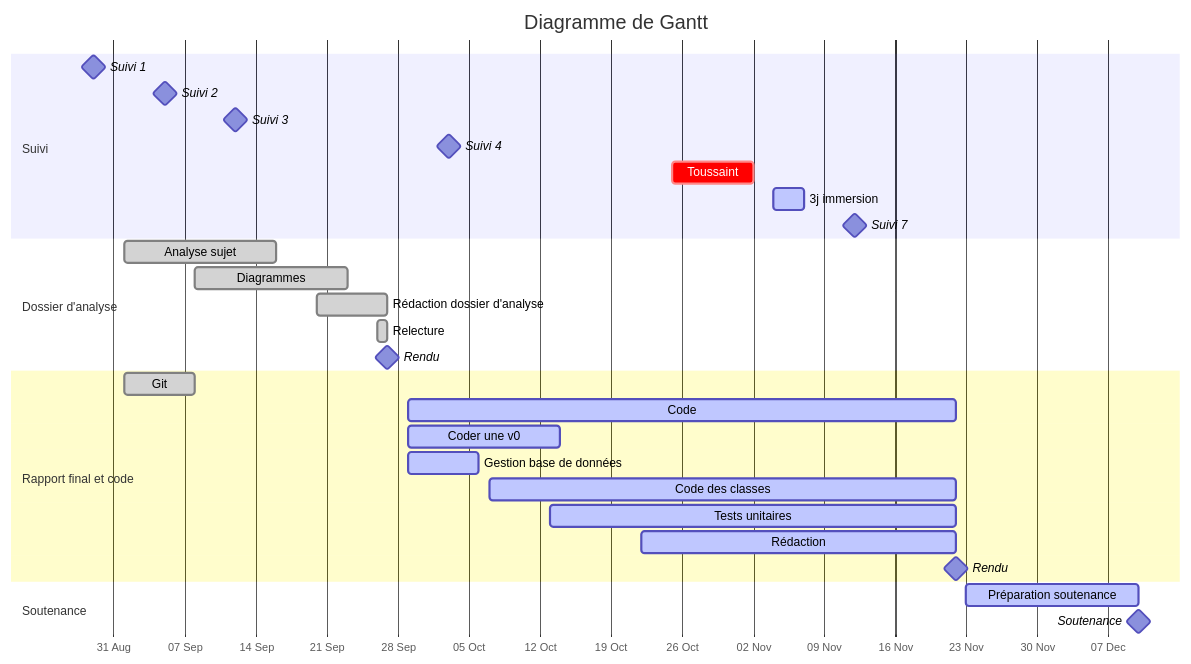
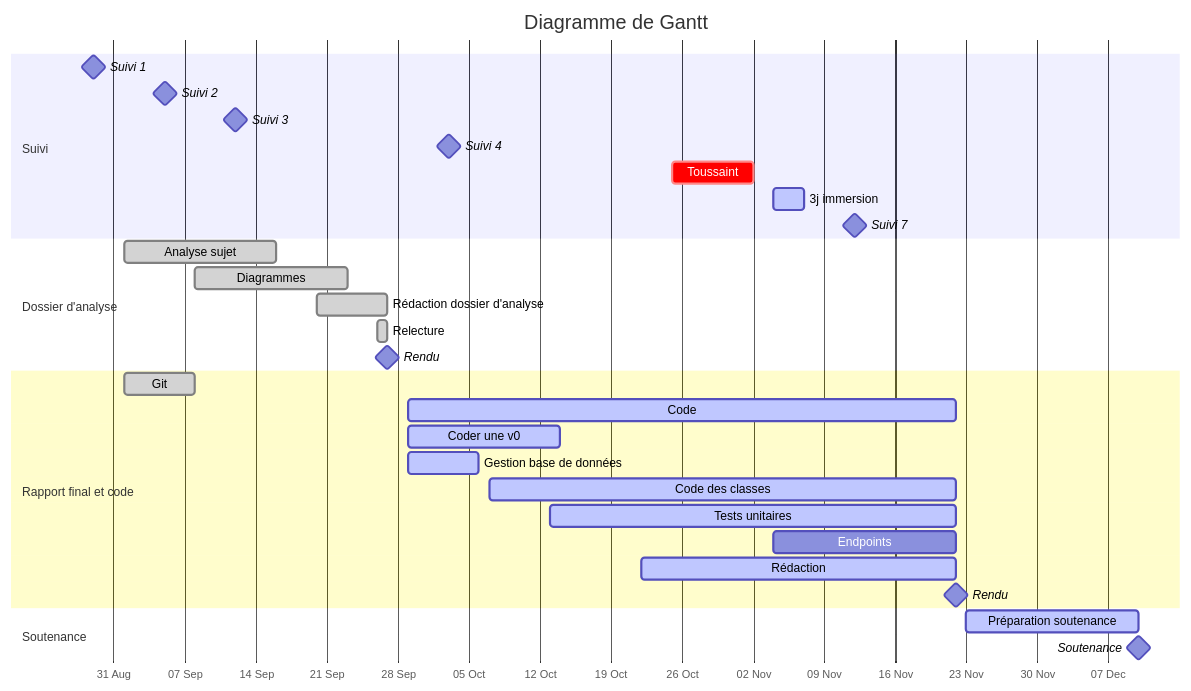
One commit to bbrunel/ENSAI-2A-projet-info changed the first of 2 diagrams in doc/diag_gantt.md. Above: the diagram before and after it, drawn with Mermaid.

Commit message:
ajout endpoints dans le diag

````diff
--- a/doc/diag_gantt.md
+++ b/doc/diag_gantt.md
@@ -1,39 +1,40 @@
 ```mermaid
 gantt
     %% doc : https://mermaid-js.github.io/mermaid/#/./gantt
     dateFormat  YYYY-MM-DD
     axisFormat  %d %b
     title       Diagramme de Gantt
     %%excludes  YYYY-MM-DD and/or sunday and/or weekends 
      
     section Suivi
     Suivi 1                      :milestone, 2025-08-29,
     Suivi 2                      :milestone, 2025-09-05,
     Suivi 3                      :milestone, 2025-09-12,
     Suivi 4                      :milestone, 2025-10-03,
     Toussaint                    :crit,    2025-10-25, 2025-11-02
     3j immersion                 :active,    2025-11-04, 3d
     Suivi 7                      :milestone, 2025-11-17
 
     section Dossier d'analyse
     Analyse sujet                :done,      2025-09-01, 15d
     Diagrammes                   :done,    2025-09-08, 15d
     Rédaction dossier d'analyse  :done,    2025-09-20, 2025-09-27
     Relecture                    :done,    2025-09-26, 2025-09-27
     Rendu                        :milestone, 2025-09-27,
     
     section Rapport final et code
     Git                          :done,    2025-09-01, 7d
     Code                         :active,    2025-09-29, 2025-11-22
     Coder une v0                 :active,    2025-09-29, 15d
     Gestion base de données      :active,    2025-09-29, 7d
     Code des classes             :active,    2025-10-07, 2025-11-22
     Tests unitaires              :active,    2025-10-13, 2025-11-22
+    Endpoints                    :active     2025-11-04, 2025-11-22
     Rédaction                    :active,    2025-10-22, 2025-11-22
     Rendu                        :milestone, 2025-11-22,
 
     section Soutenance
     Préparation soutenance       :active,    2025-11-23, 2025-12-10
     Soutenance                   :milestone, 2025-12-10,
 
 ```
````
